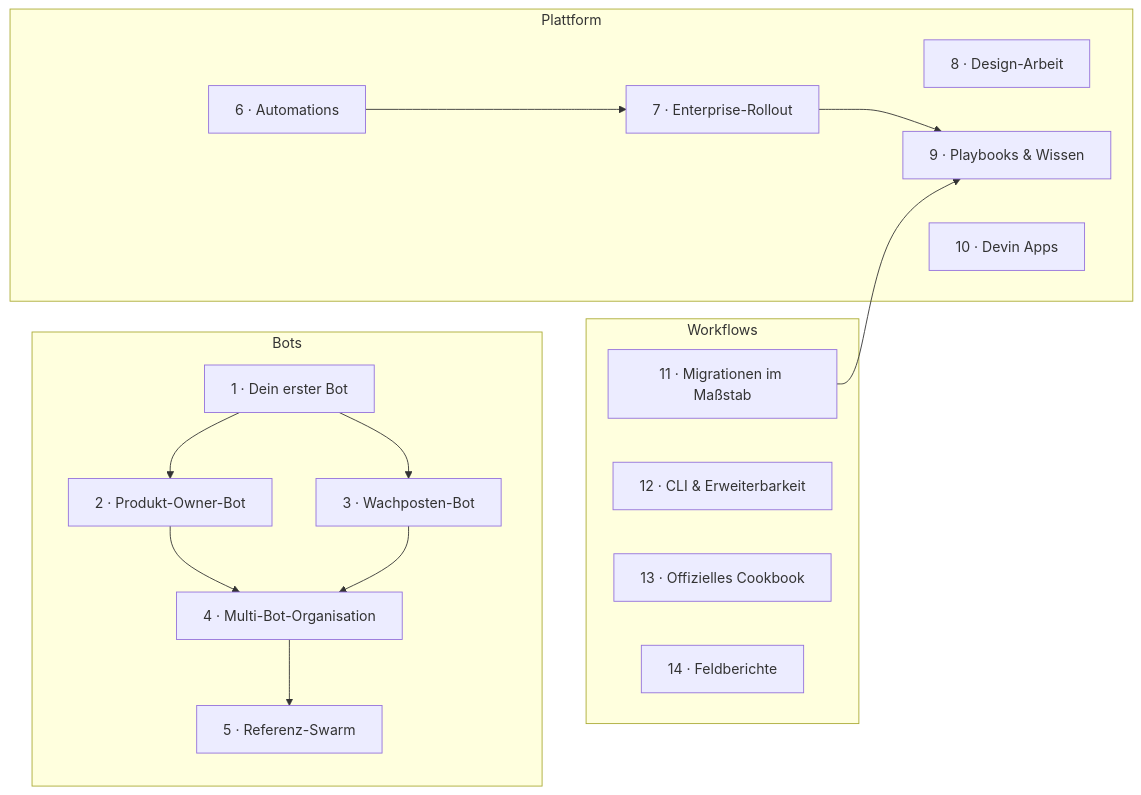
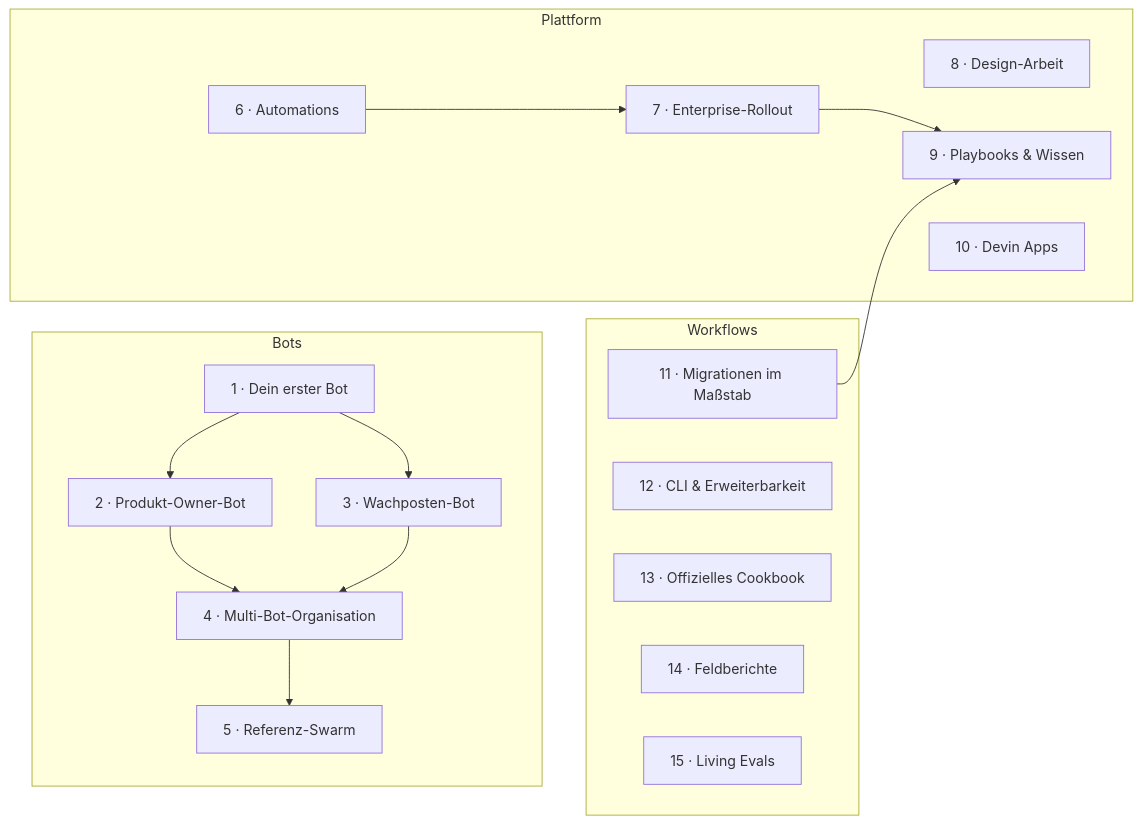
The diagram in README.de.md (Till3005/build-with-devin), drawn with Mermaid before and after one commit. The commit also changed other lines of this file and 7 other files, not shown here.

Commit message:
Sync infra: tools/sync.py + CI; backfill lang READMEs (guides 15+16, stats, mermaid)

````diff
--- a/README.de.md
+++ b/README.de.md
@@ -27,24 +27,25 @@
 ```mermaid
 flowchart LR
     subgraph Bots
       G1["1 · Dein erster Bot"] --> G2["2 · Produkt-Owner-Bot"]
       G1 --> G3["3 · Wachposten-Bot"]
       G2 --> G4["4 · Multi-Bot-Organisation"]
       G3 --> G4
       G4 --> G5["5 · Referenz-Swarm"]
     end
     subgraph Plattform
       G6["6 · Automations"] --> G7["7 · Enterprise-Rollout"]
       G8["8 · Design-Arbeit"]
       G9["9 · Playbooks & Wissen"]
       G10["10 · Devin Apps"]
     end
     subgraph Workflows
       G11["11 · Migrationen im Maßstab"]
       G12["12 · CLI & Erweiterbarkeit"]
       G13["13 · Offizielles Cookbook"]
       G14["14 · Feldberichte"]
+      G15["15 · Living Evals"]
     end
     G7 --> G9
     G11 --> G9
 ```
````
